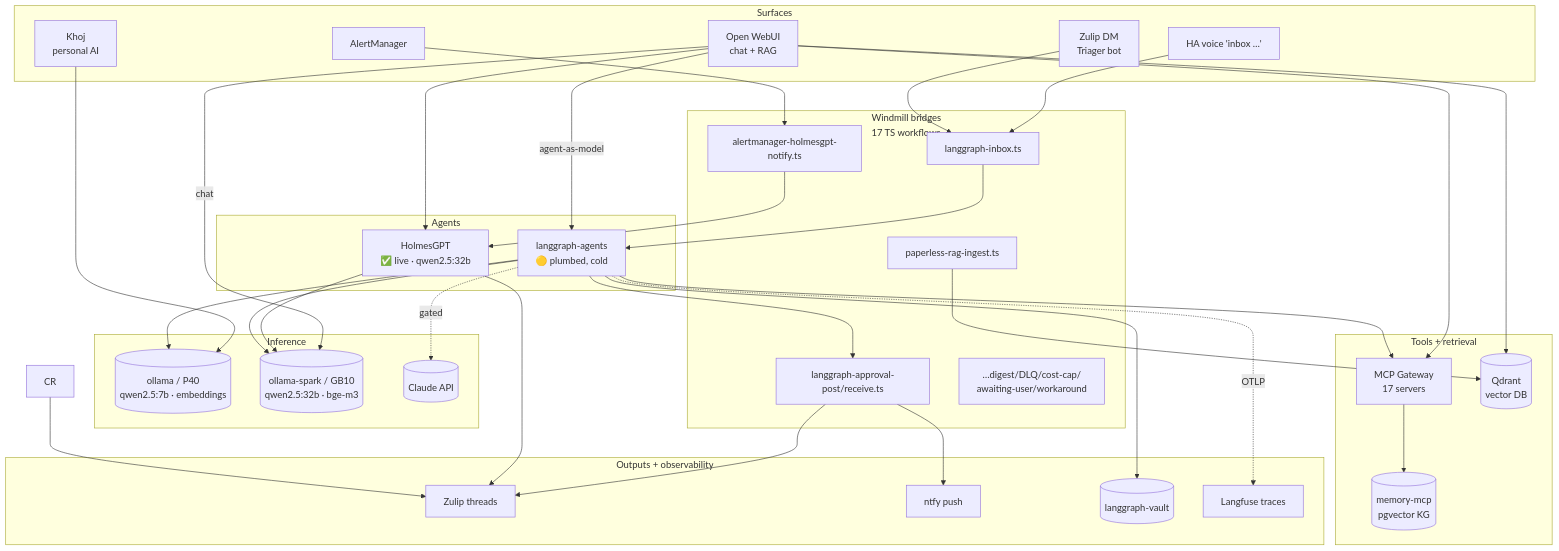
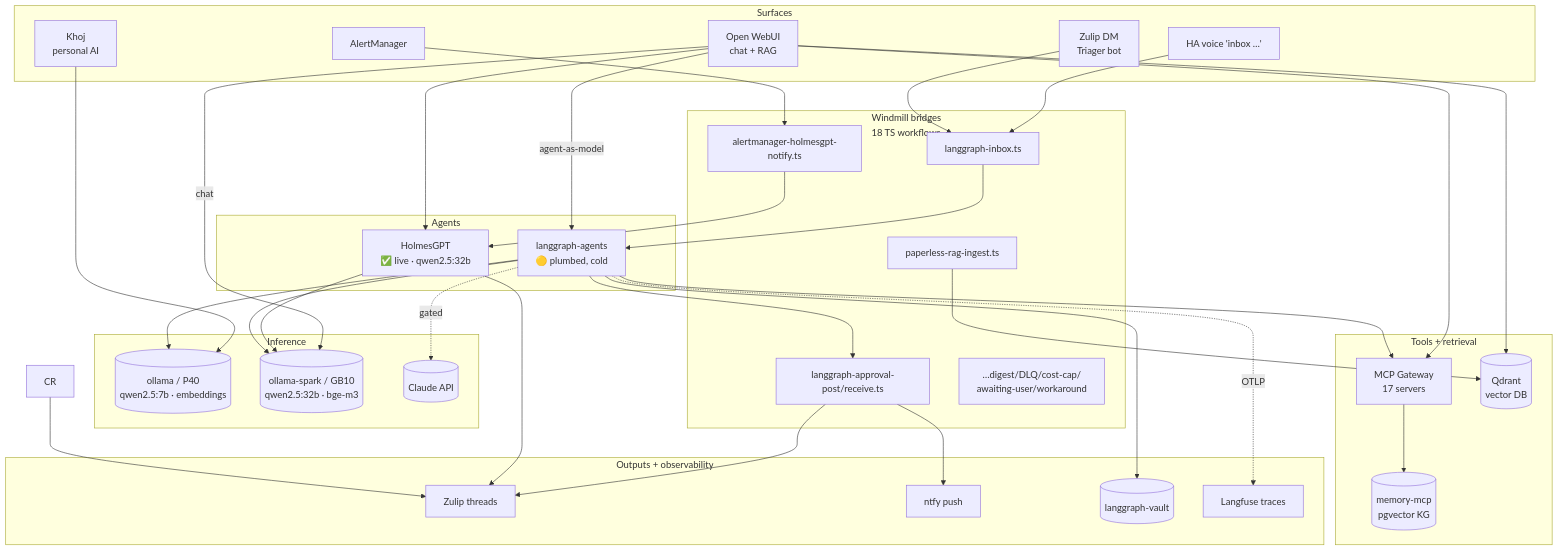
Before and after one commit to rwlove/home-ops: the second of 3 diagrams in README.md, drawn with Mermaid. The commit also changed other lines of this file and 1 other file, not shown here.

````diff
--- a/README.md
+++ b/README.md
@@ -316,63 +316,63 @@
 ```mermaid
 flowchart TB
     subgraph Surfaces[Surfaces]
         OWUI[Open WebUI<br/>chat + RAG]
         Khoj[Khoj<br/>personal AI]
         Voice[HA voice 'inbox …']
         ZulipDM[Zulip DM<br/>Triager bot]
         AM[AlertManager]
     end
 
-    subgraph Bridges[Windmill bridges<br/>17 TS workflows]
+    subgraph Bridges[Windmill bridges<br/>18 TS workflows]
         WInbox[langgraph-inbox.ts]
         WAlert[alertmanager-holmesgpt-notify.ts]
         WApprove[langgraph-approval-post/receive.ts]
         WPaperless[paperless-rag-ingest.ts]
         WOther[…digest/DLQ/cost-cap/<br/>awaiting-user/workaround]
     end
 
     subgraph Agents[Agents]
         Holmes[HolmesGPT<br/>✅ live · qwen2.5:32b]
         LG[langgraph-agents<br/>🟡 plumbed, cold]
     end
 
     subgraph Inference[Inference]
         OllamaP40[(ollama / P40<br/>qwen2.5:7b · embeddings)]
         OllamaSpark[(ollama-spark / GB10<br/>qwen2.5:32b · bge-m3)]
         Claude[(Claude API)]
     end
 
     subgraph Tools[Tools + retrieval]
         Gw[MCP Gateway<br/>17 servers]
         Q[(Qdrant<br/>vector DB)]
         Mem[(memory-mcp<br/>pgvector KG)]
     end
 
     subgraph Outputs[Outputs + observability]
         Zulip[Zulip threads]
         Ntfy[ntfy push]
         Vault[(langgraph-vault)]
         LF[Langfuse traces]
     end
 
     Voice --> WInbox --> LG
     ZulipDM --> WInbox
     OWUI -->|chat| OllamaSpark
     OWUI -->|agent-as-model| LG
     OWUI --> Gw
     OWUI --> Holmes
     OWUI --> Q
     Khoj --> OllamaP40
     AM --> WAlert --> Holmes
     Holmes --> OllamaSpark
     LG --> OllamaSpark
     LG --> OllamaP40
     LG -.->|gated| Claude
     LG --> Gw --> Mem
     LG -.->|OTLP| LF
     WPaperless --> Q
     LG --> WApprove --> Zulip & Ntfy
     LG --> Vault
     Holmes --> Zulip
     CR --> Zulip
 ```
````
